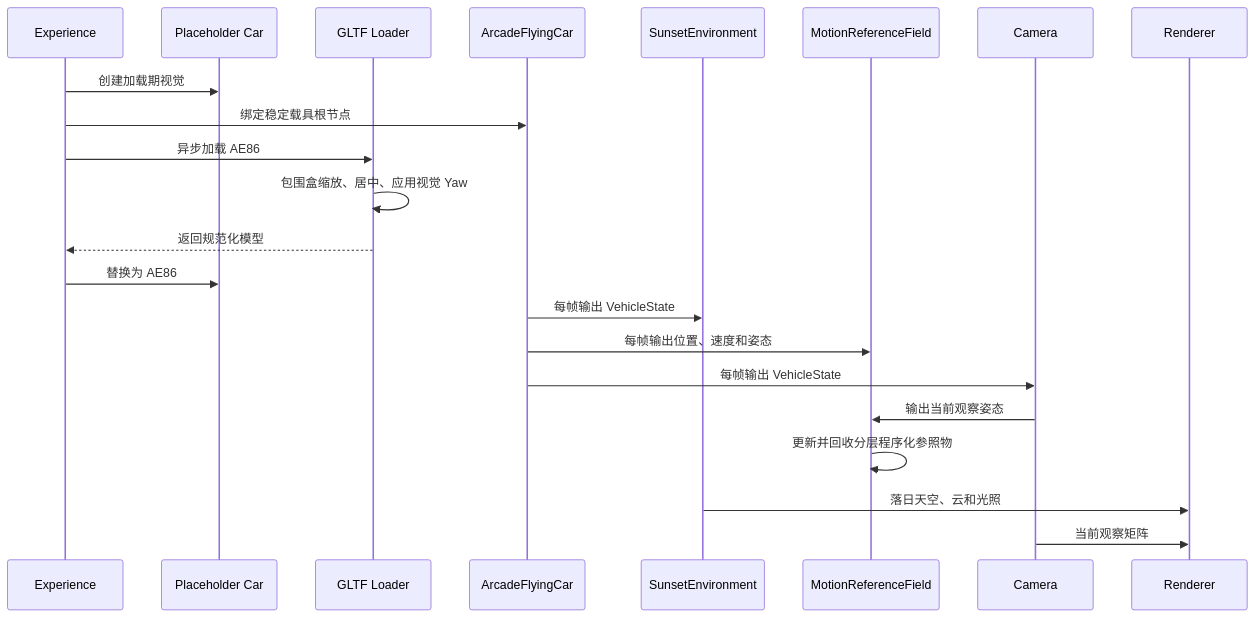
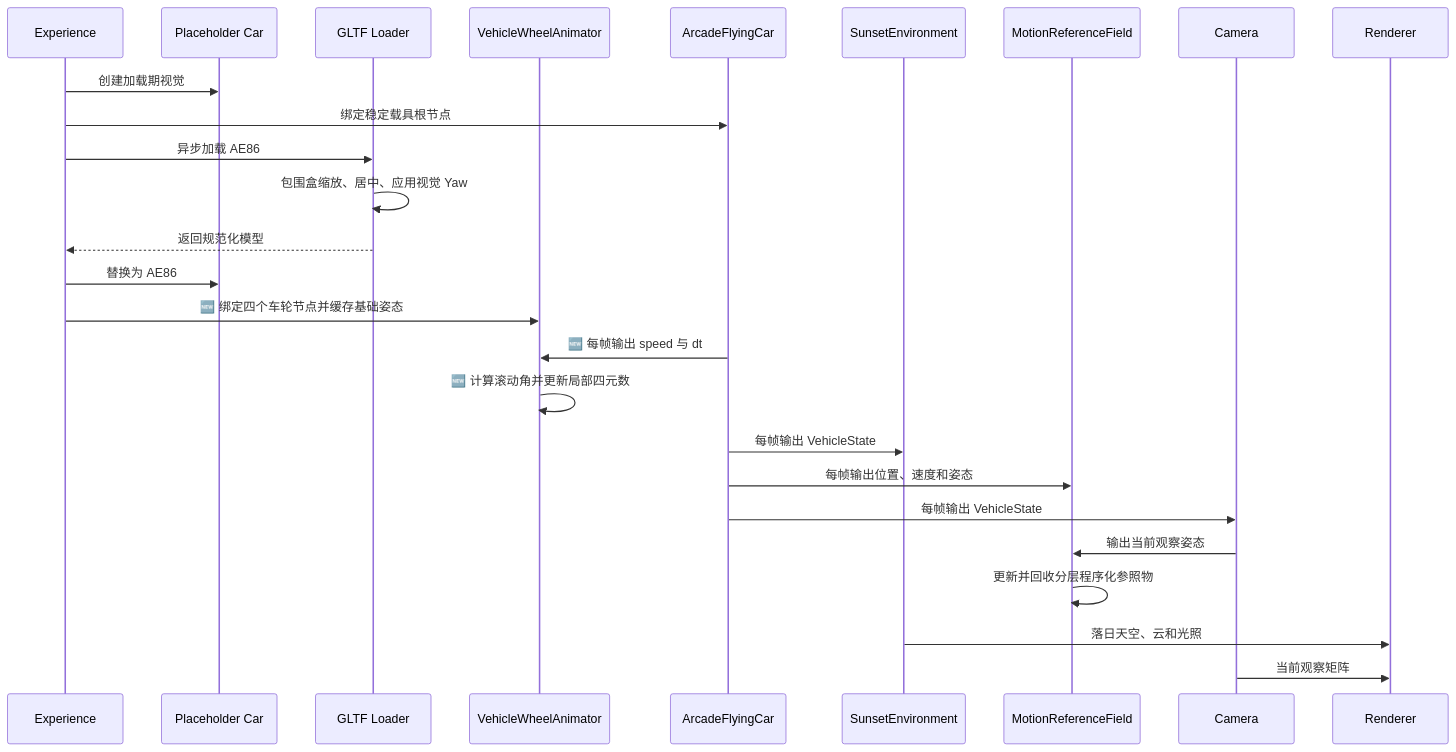
Before and after one commit to 64n-goxutech/shader-roam: the second of 2 diagrams in docs/architecture/sunset-drive/README.md, drawn with Mermaid. The commit also changed other lines of this file and 17 other files, not shown here.

````diff
--- a/docs/architecture/sunset-drive/README.md
+++ b/docs/architecture/sunset-drive/README.md
@@ -82,25 +96,29 @@
 ```mermaid
 sequenceDiagram
     participant Experience
     participant Fallback as Placeholder Car
     participant Loader as GLTF Loader
+    participant Wheels as VehicleWheelAnimator
     participant Car as ArcadeFlyingCar
     participant Env as SunsetEnvironment
     participant Motion as MotionReferenceField
     participant Camera
     participant Renderer
 
     Experience->>Fallback: 创建加载期视觉
     Experience->>Car: 绑定稳定载具根节点
     Experience->>Loader: 异步加载 AE86
     Loader->>Loader: 包围盒缩放、居中、应用视觉 Yaw
     Loader-->>Experience: 返回规范化模型
     Experience->>Fallback: 替换为 AE86
+    Experience->>Wheels: 🆕 绑定四个车轮节点并缓存基础姿态
+    Car->>Wheels: 🆕 每帧输出 speed 与 dt
+    Wheels->>Wheels: 🆕 计算滚动角并更新局部四元数
     Car->>Env: 每帧输出 VehicleState
     Car->>Motion: 每帧输出位置、速度和姿态
     Car->>Camera: 每帧输出 VehicleState
     Camera->>Motion: 输出当前观察姿态
     Motion->>Motion: 更新并回收分层程序化参照物
     Env->>Renderer: 落日天空、云和光照
     Camera->>Renderer: 当前观察矩阵
 ```
````
